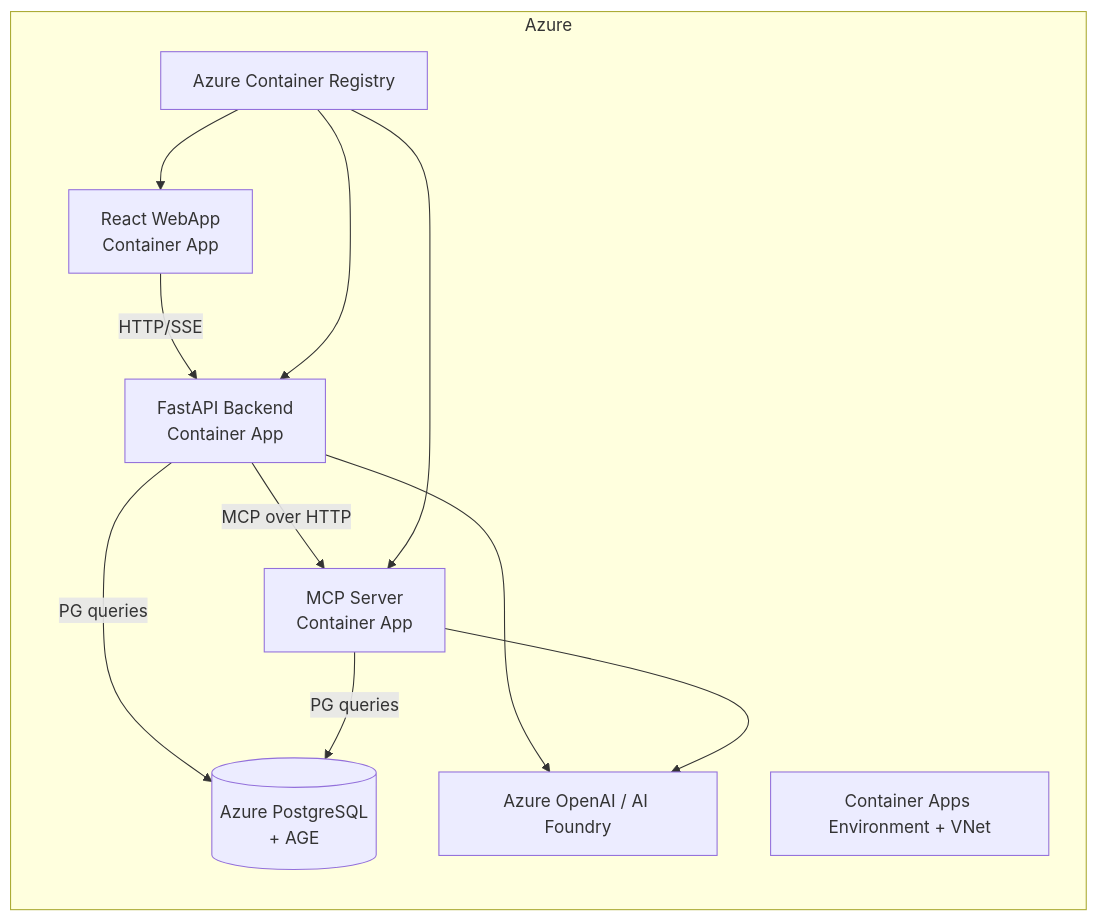
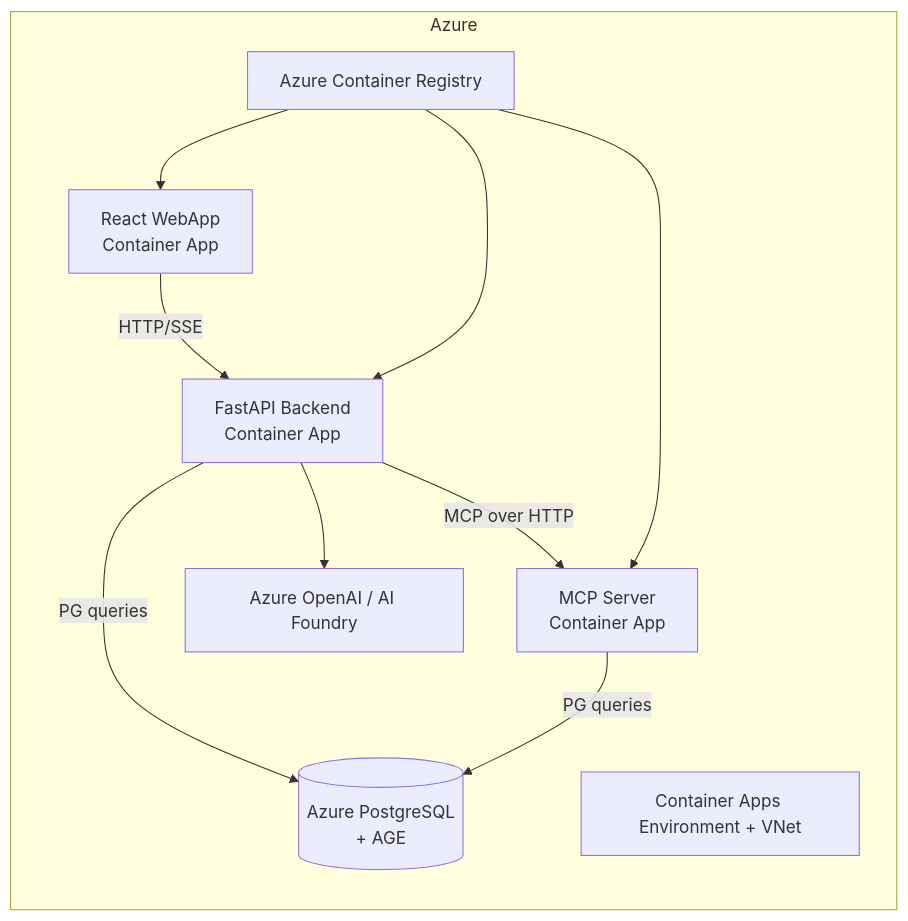
The diagram in README.md (anildwarepo/agent_framework_webapp), drawn with Mermaid before and after one commit. The commit also changed other lines of this file and 44 other files, not shown here.

````diff
--- a/README.md
+++ b/README.md
@@ -17,23 +47,22 @@
 ```mermaid
 flowchart LR
     UI[React WebApp\nContainer App] -->|HTTP/SSE| API[FastAPI Backend\nContainer App]
     API -->|MCP over HTTP| MCP[MCP Server\nContainer App]
     API -->|PG queries| PG[(Azure PostgreSQL\n+ AGE)]
     MCP -->|PG queries| PG
 
     subgraph Azure
       UI
       API
       MCP
       PG
       ACR[Azure Container Registry]
       AI[Azure OpenAI / AI Foundry]
       ENV[Container Apps Environment + VNet]
     end
 
     ACR --> UI
     ACR --> API
     ACR --> MCP
     API --> AI
-    MCP --> AI
 ```
````
